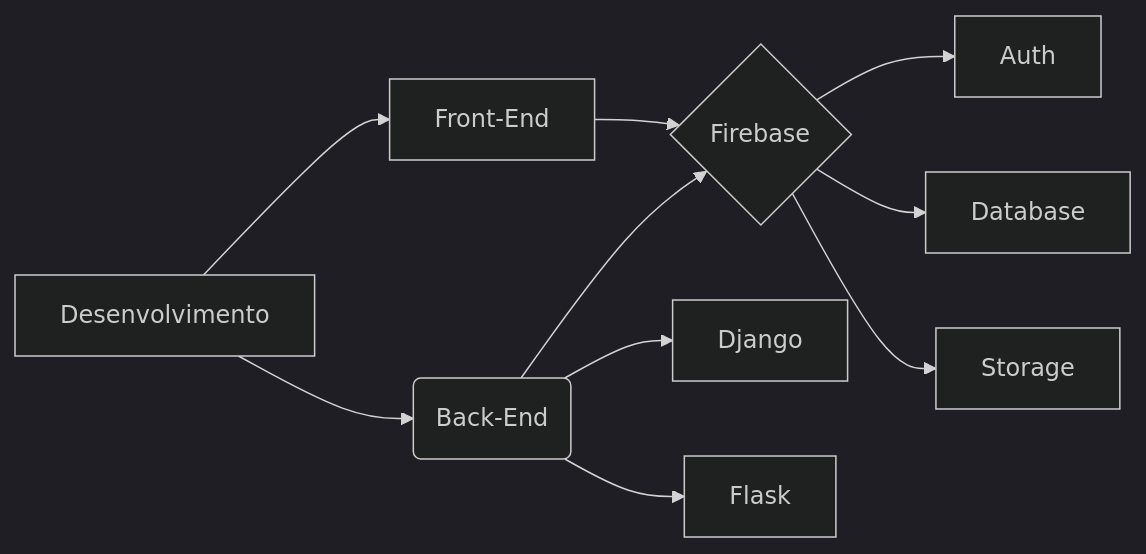
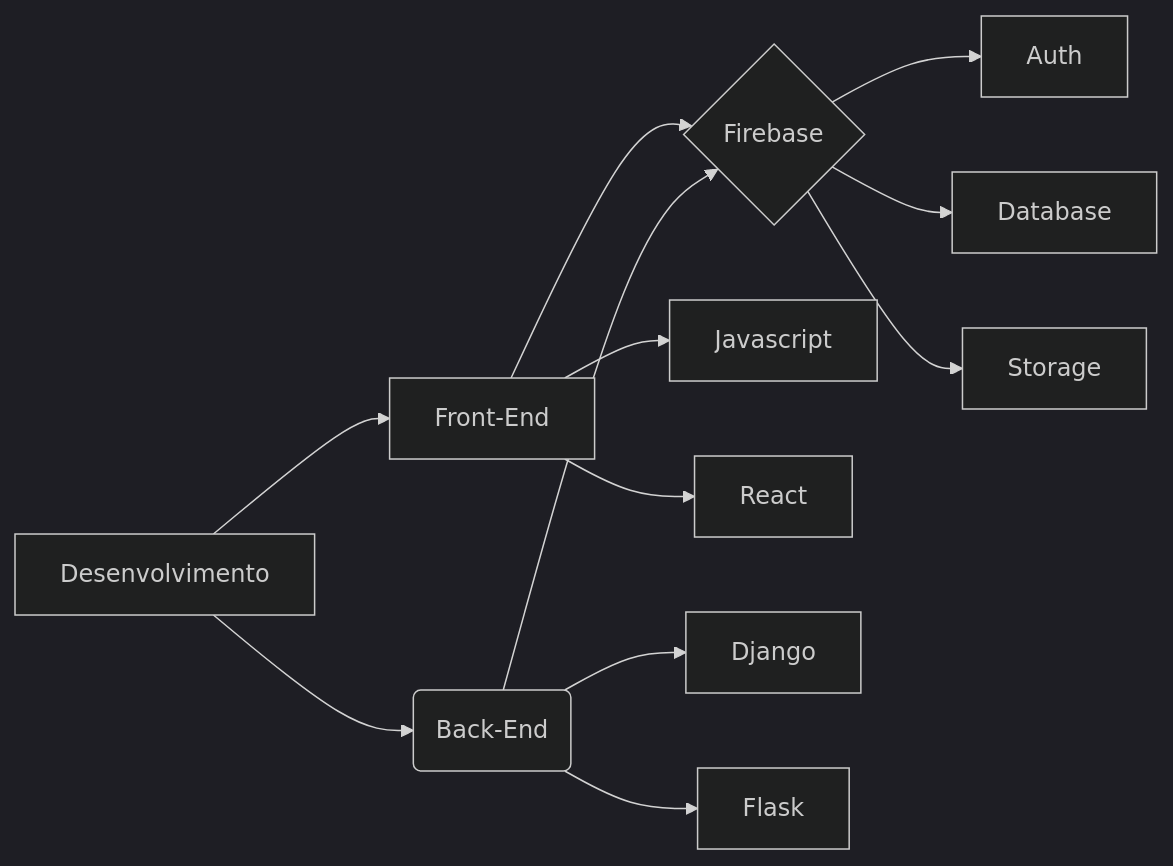
The first of 2 diagrams in README.md (SauloCandeira/SauloCandeira), drawn with Mermaid (dark theme) before and after one commit.

````diff
--- a/README.md
+++ b/README.md
@@ -60,12 +60,19 @@
 ```mermaid
 flowchart LR
+
 Z[Desenvolvimento] --> A[Front-End]
 Z  --> B
+
 A[Front-End] --> C{Firebase}
+A[Front-End] --> I[Javascript]
+A[Front-End] --> J[React]
+
 B(Back-End) --> C{Firebase}
 B(Back-End) --> G[Django]
 B(Back-End) --> H[Flask]
+
+
 C --> D[Auth]
 C --> E[Database]
 C --> F[Storage]
 ```
````
